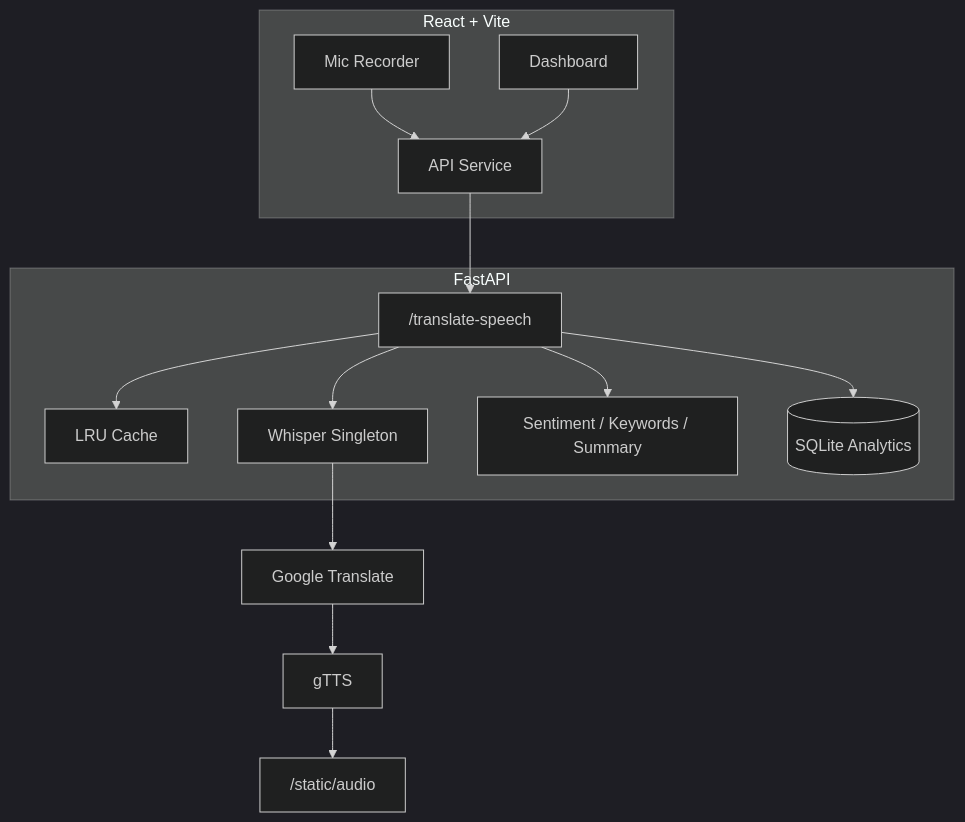
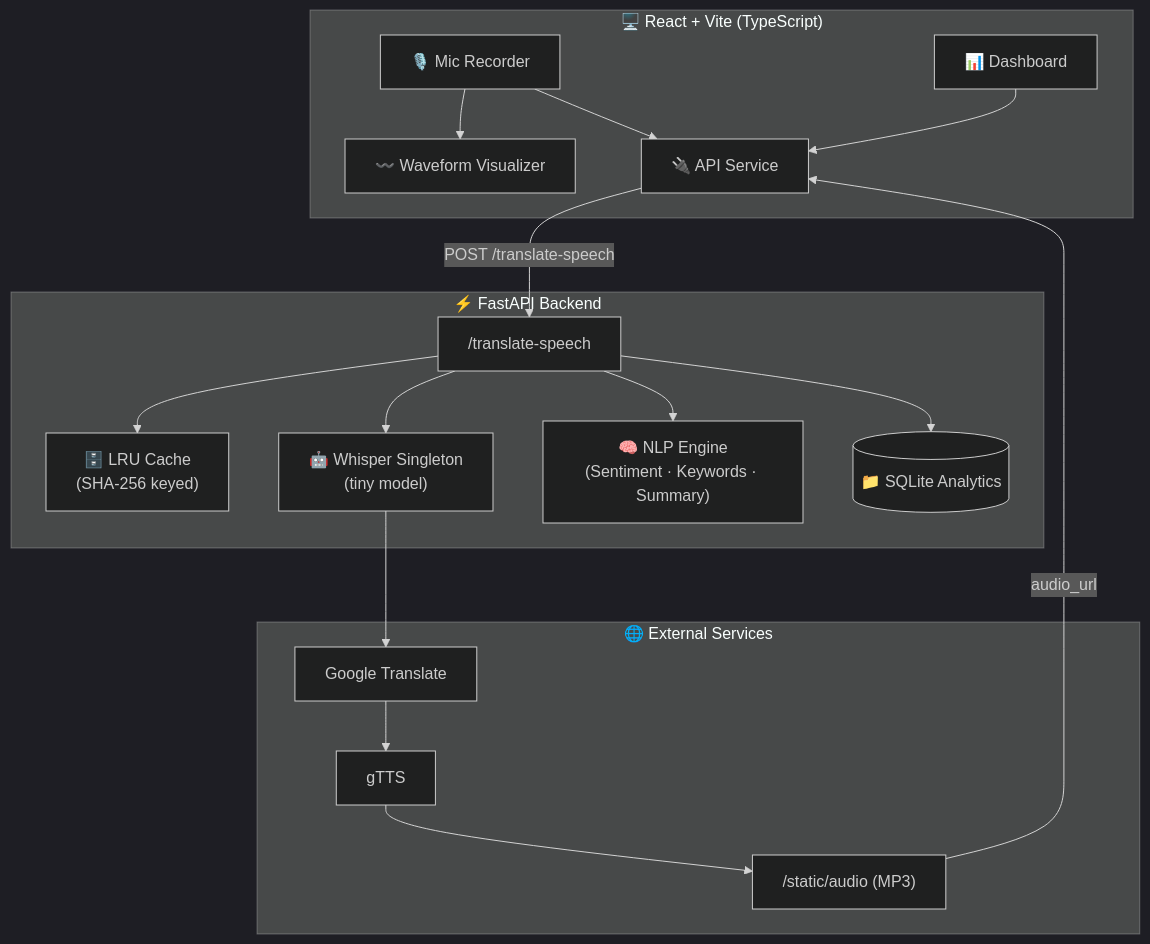
One commit to Aurora-st/Stream-speech-Multilanguage changed the first of 2 diagrams in README.md. Above: the diagram before and after it, drawn with Mermaid (dark theme). The commit also changed other lines of this file, not shown here.

````diff
--- a/README.md
+++ b/README.md
@@ -44,27 +112,36 @@
 ```mermaid
 flowchart TB
-    subgraph Client["React + Vite"]
-        REC[Mic Recorder]
-        DASH[Dashboard]
-        API_CLIENT[API Service]
+    subgraph Client["🖥️ React + Vite (TypeScript)"]
+        REC[🎙️ Mic Recorder]
+        WAVE[〰️ Waveform Visualizer]
+        DASH[📊 Dashboard]
+        API_CLIENT[🔌 API Service]
     end
 
-    subgraph Server["FastAPI"]
+    subgraph Server["⚡ FastAPI Backend"]
         EP["/translate-speech"]
-        CACHE[LRU Cache]
-        WHISPER[Whisper Singleton]
-        NLP[Sentiment / Keywords / Summary]
-        DB[(SQLite Analytics)]
+        CACHE["🗄️ LRU Cache<br/>(SHA-256 keyed)"]
+        WHISPER["🤖 Whisper Singleton<br/>(tiny model)"]
+        NLP["🧠 NLP Engine<br/>(Sentiment · Keywords · Summary)"]
+        DB[(📁 SQLite Analytics)]
     end
 
+    subgraph External["🌐 External Services"]
+        GT[Google Translate]
+        TTS[gTTS]
+        STATIC["/static/audio (MP3)"]
+    end
+
+    REC --> WAVE
     REC --> API_CLIENT
     DASH --> API_CLIENT
-    API_CLIENT --> EP
+    API_CLIENT -->|POST /translate-speech| EP
     EP --> CACHE
     EP --> WHISPER
-    WHISPER --> GT[Google Translate]
-    GT --> TTS[gTTS]
+    WHISPER --> GT
+    GT --> TTS
+    TTS --> STATIC
     EP --> NLP
     EP --> DB
-    TTS --> STATIC["/static/audio"]
+    STATIC -->|audio_url| API_CLIENT
 ```
````
